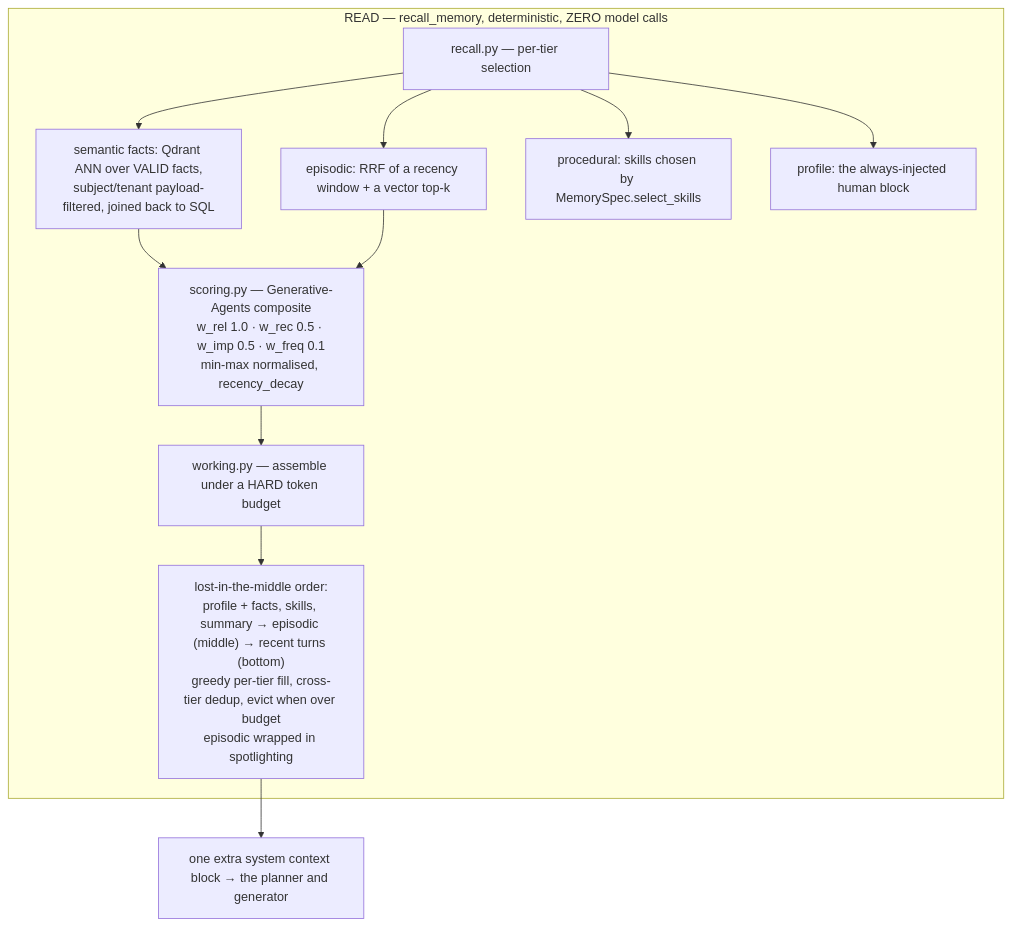
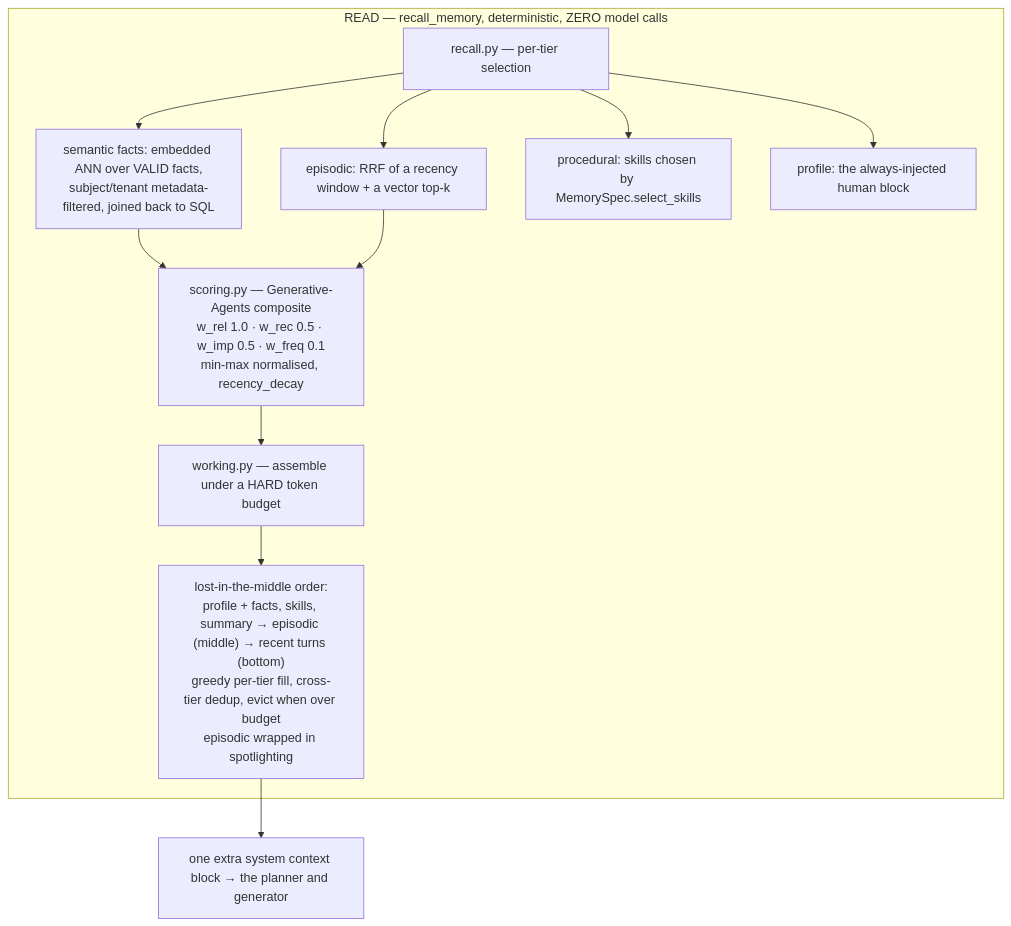
Before and after one commit to yrevash/aegis: the seventh of 9 diagrams in docs/learn/40-pipelines.md, drawn with Mermaid. The commit also changed other lines of this file and 79 other files, not shown here.

````diff
--- a/docs/learn/40-pipelines.md
+++ b/docs/learn/40-pipelines.md
@@ -410,13 +410,13 @@
 ```mermaid
 flowchart TB
     subgraph READ["READ — recall_memory, deterministic, ZERO model calls"]
-        R1["recall.py — per-tier selection"] --> R1a["semantic facts: Qdrant ANN over VALID facts,<br/>subject/tenant payload-filtered, joined back to SQL"]
+        R1["recall.py — per-tier selection"] --> R1a["semantic facts: embedded ANN over VALID facts,<br/>subject/tenant metadata-filtered, joined back to SQL"]
         R1 --> R1b["episodic: RRF of a recency window + a vector top-k"]
         R1 --> R1c["procedural: skills chosen by MemorySpec.select_skills"]
         R1 --> R1d["profile: the always-injected human block"]
         R1a & R1b --> SC["scoring.py — Generative-Agents composite<br/>w_rel 1.0 · w_rec 0.5 · w_imp 0.5 · w_freq 0.1<br/>min-max normalised, recency_decay"]
         SC --> WK["working.py — assemble under a HARD token budget"]
         WK --> ORD["lost-in-the-middle order:<br/>profile + facts, skills, summary → episodic (middle) → recent turns (bottom)<br/>greedy per-tier fill, cross-tier dedup, evict when over budget<br/>episodic wrapped in spotlighting"]
     end
     ORD --> BLOCK["one extra system context block → the planner and generator"]
 ```
````
